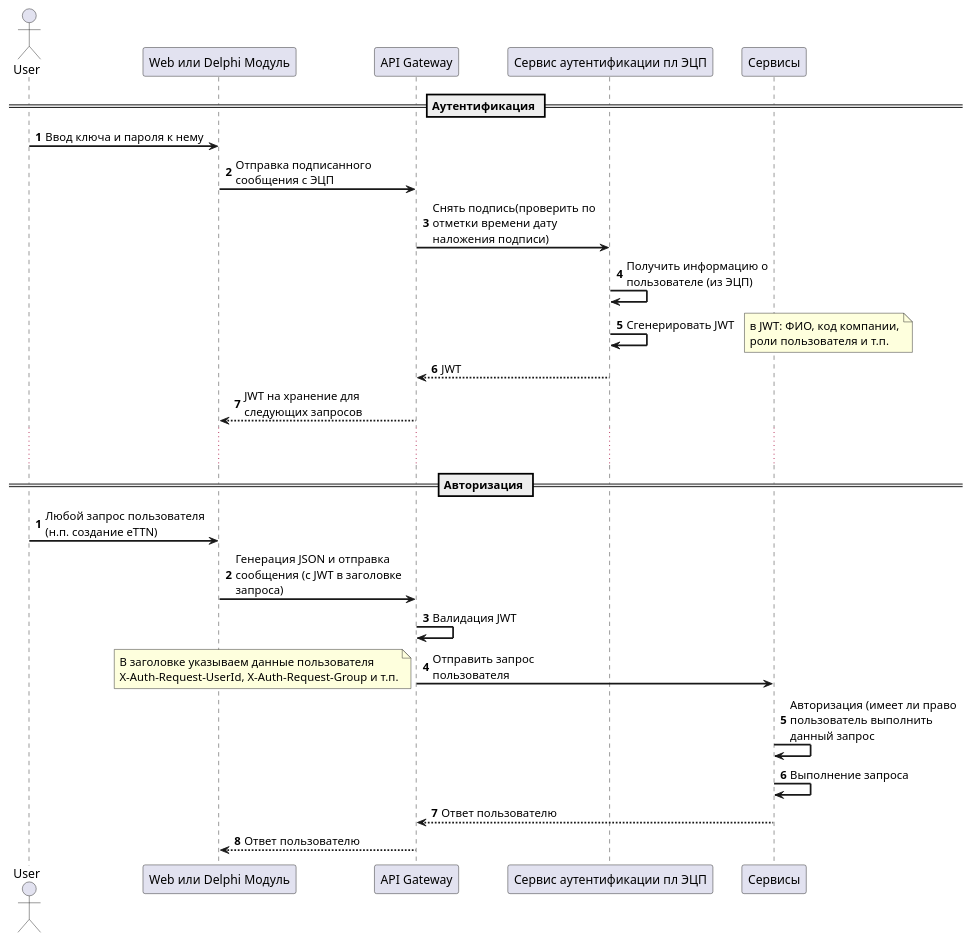
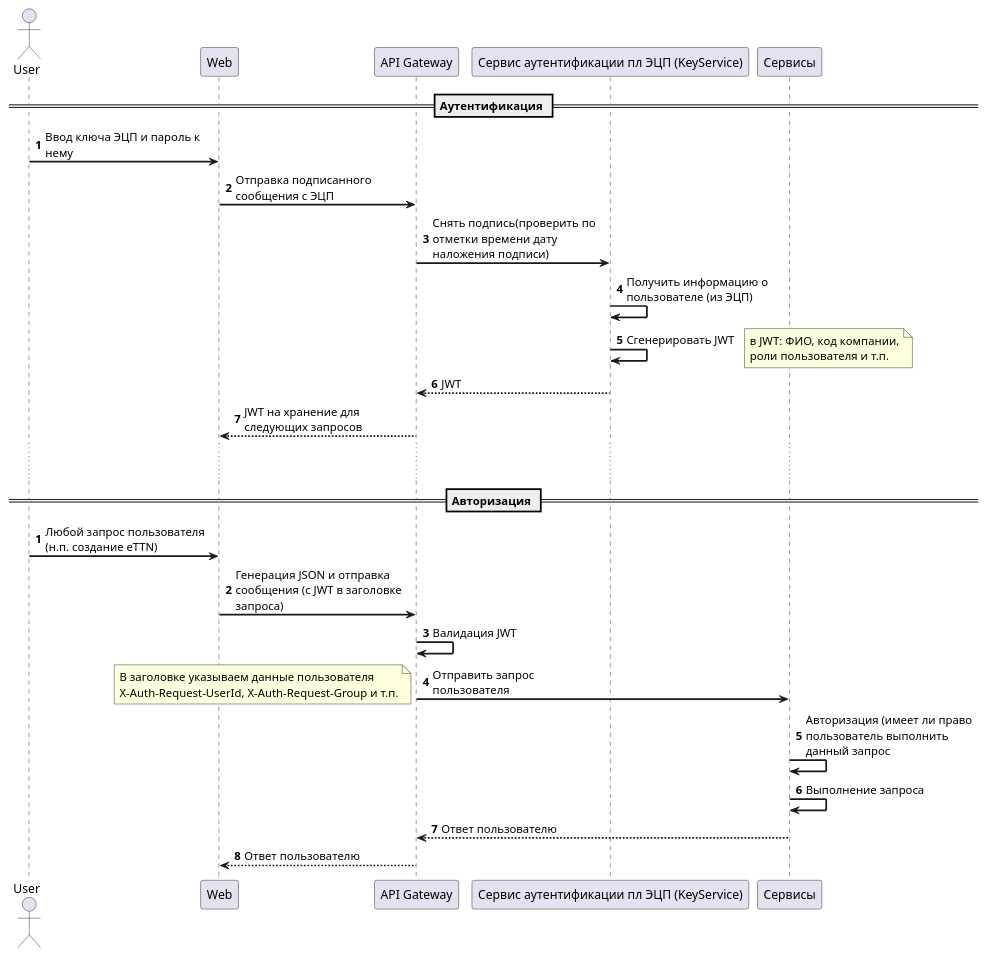
The diagram in architect/finelproject/dock/autoidentification.puml (VadimShtukan/otus_homework), drawn with PlantUML before and after one commit. The commit also changed 2 other files, not shown here.

```diff
--- a/architect/finelproject/dock/autoidentification.puml
+++ b/architect/finelproject/dock/autoidentification.puml
@@ -1,38 +1,38 @@
 @startuml
 skinparam sequenceArrowThickness 2
 skinparam maxmessagesize 200
 actor User
 participant "Пользователь" as User
-participant "Web или Delphi Модуль" as FrontEnd
+participant "Web" as FrontEnd
 participant "API Gateway" as Gateway
-participant "Сервис аутентификации пл ЭЦП" as KeyService
+participant "Сервис аутентификации пл ЭЦП (KeyService)" as KeyService
 participant "Сервисы" as XService
 autonumber
 == Аутентификация ==
-User -> FrontEnd: Ввод ключа и пароля к нему
+User -> FrontEnd: Ввод ключа ЭЦП и пароль к нему
 FrontEnd -> Gateway: Отправка подписанного сообщения с ЭЦП
 Gateway -> KeyService: Снять подпись(проверить по отметки времени дату наложения подписи)
 KeyService ->KeyService: Получить информацию о пользователе (из ЭЦП)
 KeyService -> KeyService: Сгенерировать JWT
 note right
 в JWT: ФИО, код компании,
 роли пользователя и т.п.
 end note
 KeyService --> Gateway: JWT
 Gateway --> FrontEnd: JWT на хранение для следующих запросов
 ... ...
 == Авторизация ==
 autonumber 1
 User -> FrontEnd: Любой запрос пользователя (н.п. создание eTTN)
 FrontEnd -> Gateway: Генерация JSON и отправка сообщения (с JWT в заголовке запроса)
 Gateway-> Gateway: Валидация JWT
 Gateway -> XService: Отправить запрос пользователя
 note left
 В заголовке указываем данные пользователя
 X-Auth-Request-UserId, X-Auth-Request-Group и т.п.
 end note
 XService -> XService: Авторизация (имеет ли право пользователь выполнить данный запрос
 XService -> XService: Выполнение запроса
 XService --> Gateway: Ответ пользователю
 Gateway --> FrontEnd: Ответ пользователю
 @enduml
```
